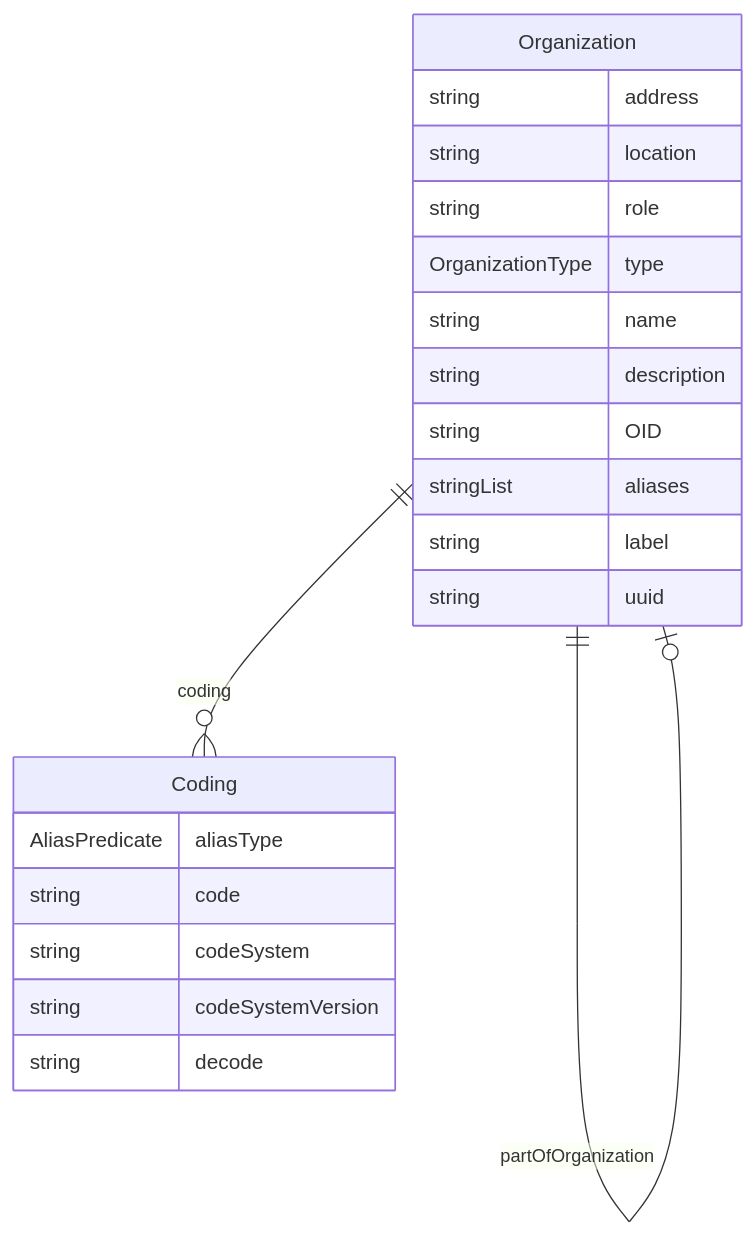
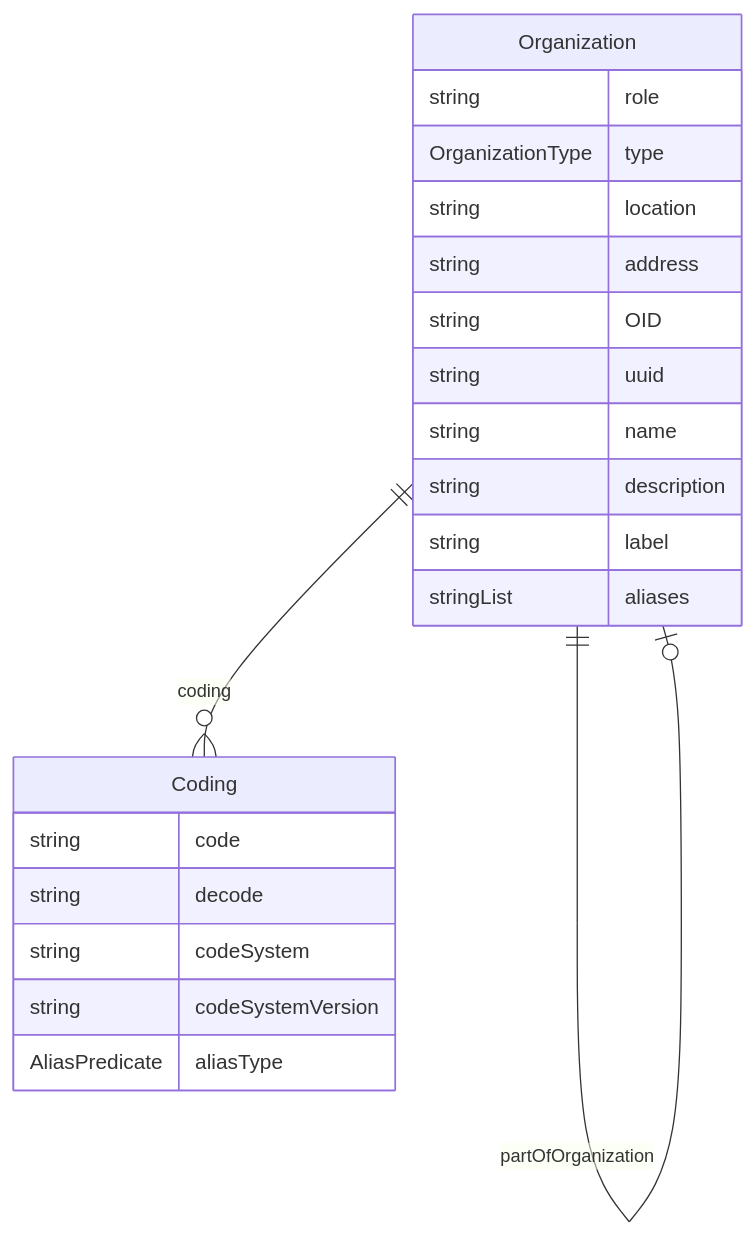
Before and after one commit to cdisc-org/DataExchange-DDS: the diagram in docs/classes/Organization.md, drawn with Mermaid. The commit also changed other lines of this file and 313 other files, not shown here.

````diff
--- a/docs/classes/Organization.md
+++ b/docs/classes/Organization.md
@@ -20,26 +15,26 @@
 ```mermaid
 erDiagram
+Organization {
+    string role  
+    OrganizationType type  
+    string location  
+    string address  
+    string OID  
+    string uuid  
+    string name  
+    string description  
+    string label  
+    stringList aliases  
+}
 Coding {
-    AliasPredicate aliasType  
     string code  
+    string decode  
     string codeSystem  
     string codeSystemVersion  
-    string decode  
-}
-Organization {
-    string address  
-    string location  
-    string role  
-    OrganizationType type  
-    string name  
-    string description  
-    string OID  
-    stringList aliases  
-    string label  
-    string uuid  
+    AliasPredicate aliasType  
 }
 
 Organization ||--|o Organization : "partOfOrganization"
 Organization ||--}o Coding : "coding"
 
 ```
````
